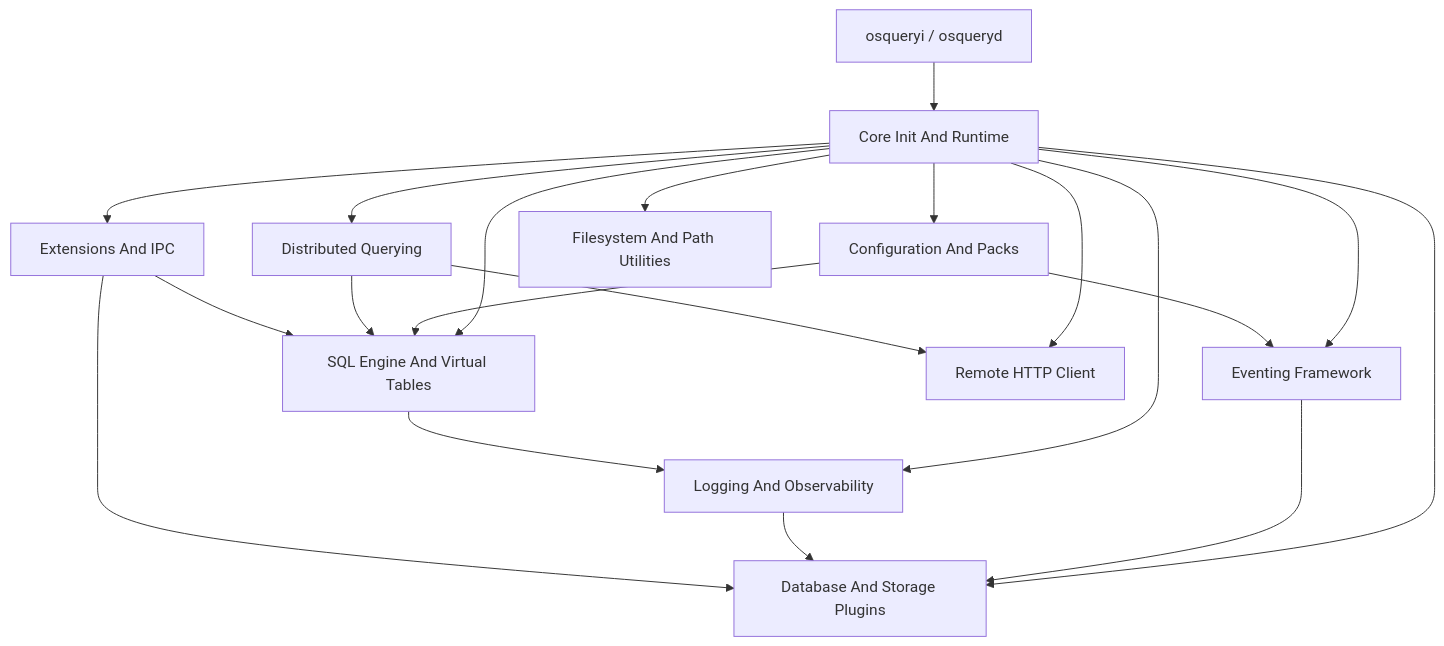
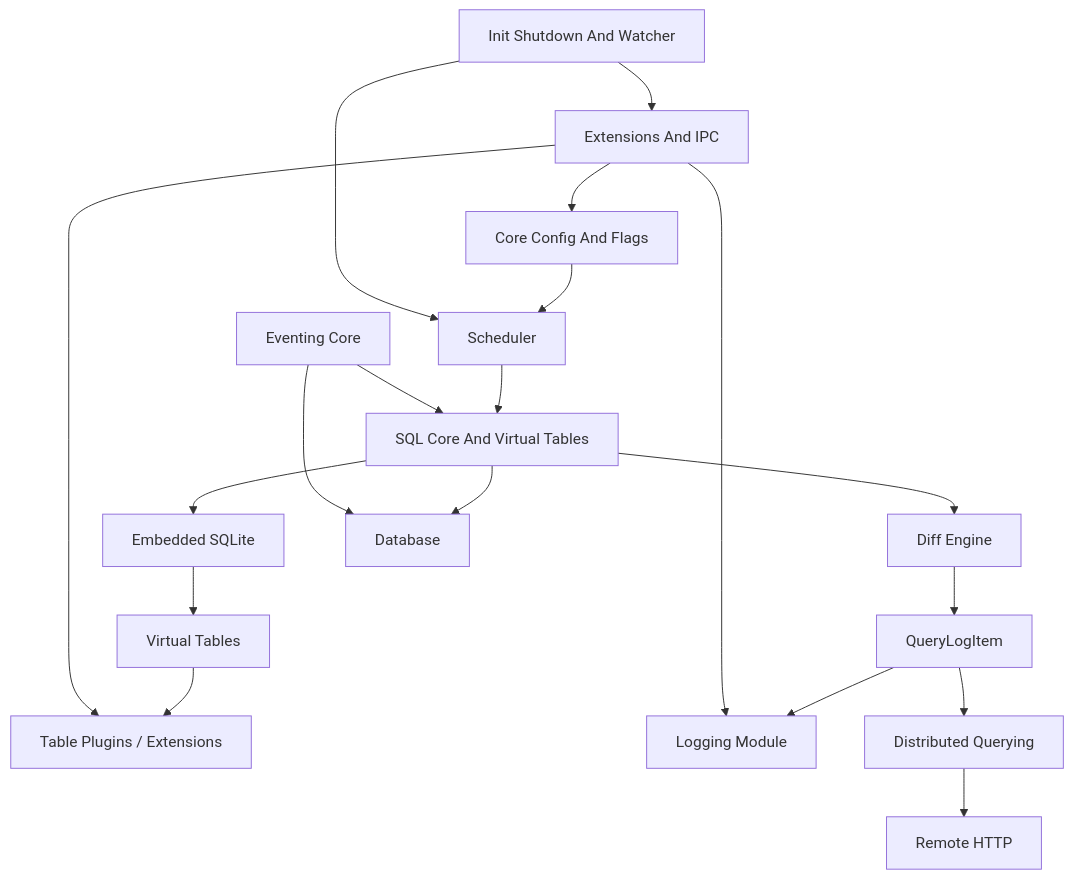
Before and after one commit to flamingo-stack/osquery: the first of 8 diagrams in docs/reference/architecture/README.md, drawn with Mermaid. The commit also changed other lines of this file and 388 other files, not shown here.

````diff
--- a/docs/reference/architecture/README.md
+++ b/docs/reference/architecture/README.md
@@ -29,24 +31,29 @@
 ```mermaid
 flowchart TD
-    CLI["osqueryi / osqueryd"] --> Core["Core Init And Runtime"]
+    Config["Core Config And Flags"] --> Scheduler["Scheduler"]
+    Scheduler --> SQLCore["SQL Core And Virtual Tables"]
 
-    Core --> Config["Configuration And Packs"]
-    Core --> SQL["SQL Engine And Virtual Tables"]
-    Core --> Events["Eventing Framework"]
-    Core --> Logging["Logging And Observability"]
-    Core --> DB["Database And Storage Plugins"]
-    Core --> Distributed["Distributed Querying"]
-    Core --> Extensions["Extensions And IPC"]
-    Core --> HTTP["Remote HTTP Client"]
-    Core --> FS["Filesystem And Path Utilities"]
+    SQLCore --> SQLite["Embedded SQLite"]
+    SQLite --> VTables["Virtual Tables"]
+    VTables --> TablePlugins["Table Plugins / Extensions"]
 
-    Config --> SQL
-    Config --> Events
-    SQL --> Logging
-    Events --> DB
-    Distributed --> SQL
-    Distributed --> HTTP
-    Logging --> DB
-    Extensions --> SQL
-    Extensions --> DB
+    SQLCore --> DiffEngine["Diff Engine"]
+    DiffEngine --> LogItem["QueryLogItem"]
+
+    LogItem --> Logging["Logging Module"]
+    LogItem --> Distributed["Distributed Querying"]
+
+    Distributed --> RemoteHTTP["Remote HTTP"]
+
+    SQLCore --> Database["Database"]
+
+    Eventing["Eventing Core"] --> Database
+    Eventing --> SQLCore
+
+    Extensions["Extensions And IPC"] --> TablePlugins
+    Extensions --> Config
+    Extensions --> Logging
+
+    Watcher["Init Shutdown And Watcher"] --> Scheduler
+    Watcher --> Extensions
 ```
````
